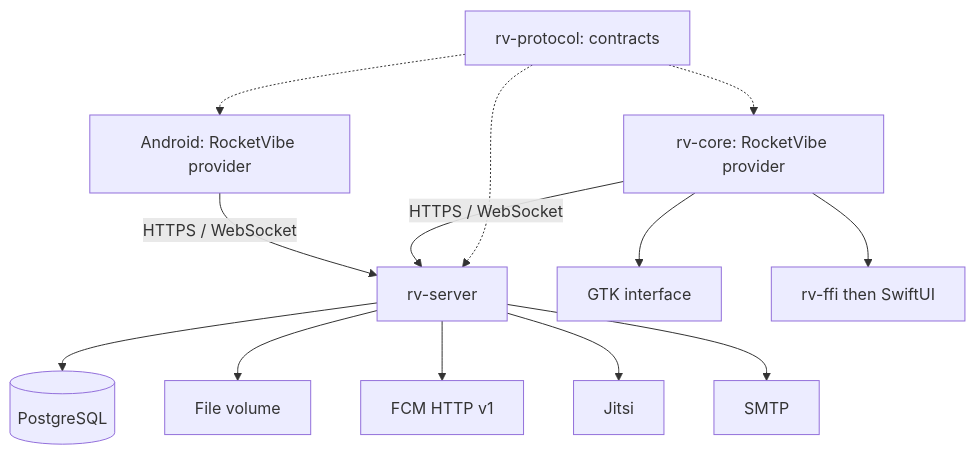
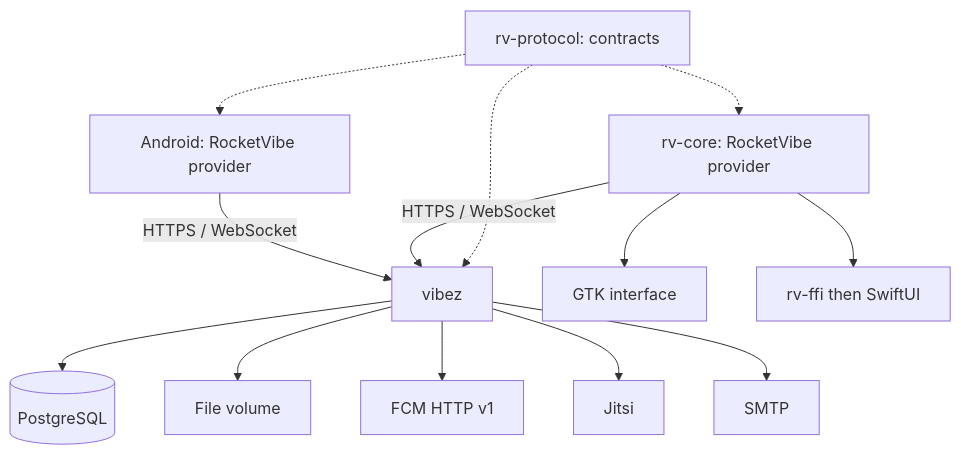
One commit to Guillaume69/rocket-vibe changed the diagram in docs/rfcs/0001-rocketvibe-rust-server.md. Above: the diagram before and after it, drawn with Mermaid. The commit also changed other lines of this file and 73 other files, not shown here.

First line of the commit message:
[feature/vibez] build: name the server's binary, image and release tags vibez

````diff
--- a/docs/rfcs/0001-rocketvibe-rust-server.md
+++ b/docs/rfcs/0001-rocketvibe-rust-server.md
@@ -165,15 +165,15 @@
 ```mermaid
 flowchart TD
-    A[Android: RocketVibe provider] -->|HTTPS / WebSocket| S[rv-server]
+    A[Android: RocketVibe provider] -->|HTTPS / WebSocket| S[vibez]
     B[rv-core: RocketVibe provider] -->|HTTPS / WebSocket| S
     B --> G[GTK interface]
     B --> F[rv-ffi then SwiftUI]
     S --> P[(PostgreSQL)]
     S --> V[File volume]
     S --> N[FCM HTTP v1]
     S --> J[Jitsi]
     S --> M[SMTP]
     C[rv-protocol: contracts] -.-> A
     C -.-> B
     C -.-> S
 ```
````
